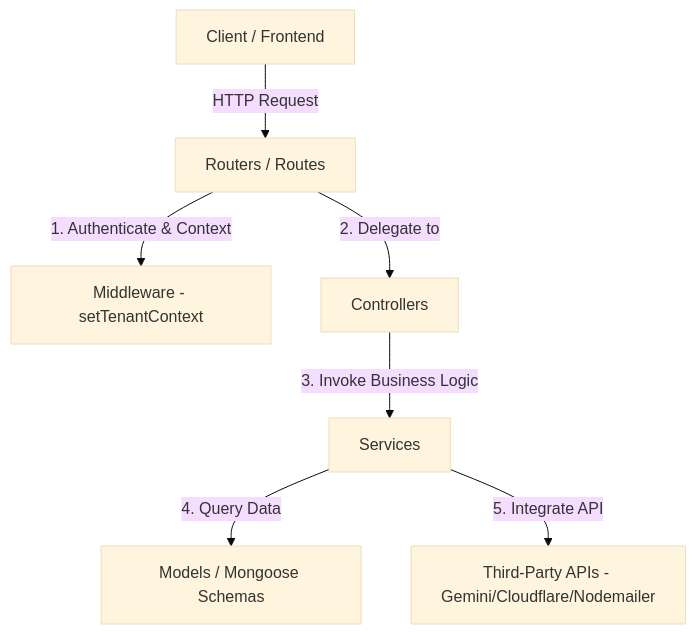
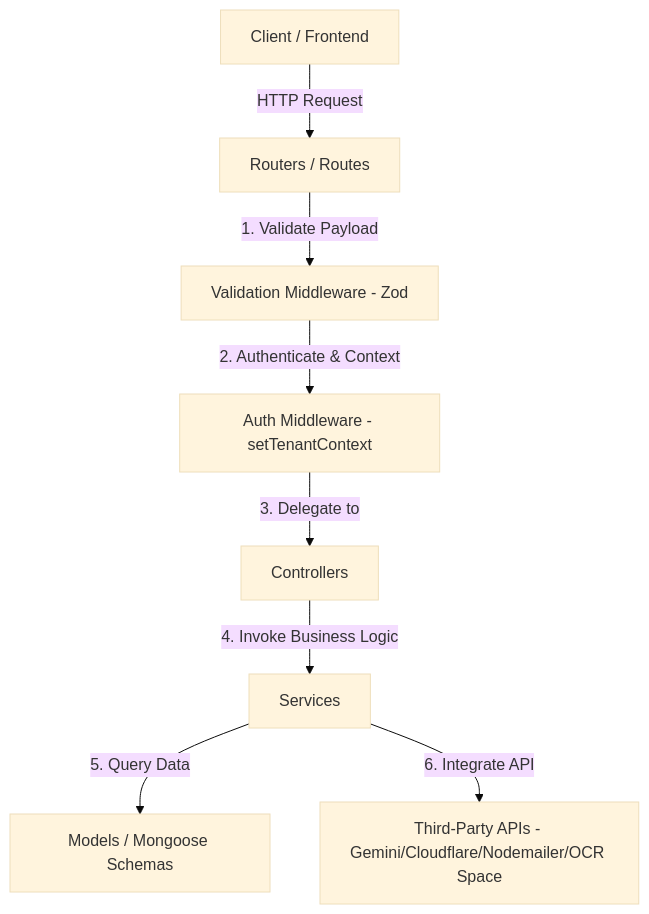
The diagram in README.md (Shuvankar2/noteloom-backend), drawn with Mermaid (base theme) before and after one commit. The commit also changed other lines of this file and 34 other files, not shown here.

Commit message:
refactor: complete clean MVC architecture controllers, Zod payload validation, and Hugging Face Docker configuration

````diff
--- a/README.md
+++ b/README.md
@@ -13,9 +13,10 @@
 ```mermaid
 graph TD
     Client[Client / Frontend] -->|HTTP Request| Router[Routers / Routes]
-    Router -->|1. Authenticate & Context| Middleware[Middleware - setTenantContext]
-    Router -->|2. Delegate to| Controller[Controllers]
-    Controller -->|3. Invoke Business Logic| Service[Services]
-    Service -->|4. Query Data| Model[Models / Mongoose Schemas]
-    Service -->|5. Integrate API| ThirdParty[Third-Party APIs - Gemini/Cloudflare/Nodemailer]
+    Router -->|1. Validate Payload| Validate[Validation Middleware - Zod]
+    Validate -->|2. Authenticate & Context| Middleware[Auth Middleware - setTenantContext]
+    Middleware -->|3. Delegate to| Controller[Controllers]
+    Controller -->|4. Invoke Business Logic| Service[Services]
+    Service -->|5. Query Data| Model[Models / Mongoose Schemas]
+    Service -->|6. Integrate API| ThirdParty[Third-Party APIs - Gemini/Cloudflare/Nodemailer/OCR Space]
 ```
````
